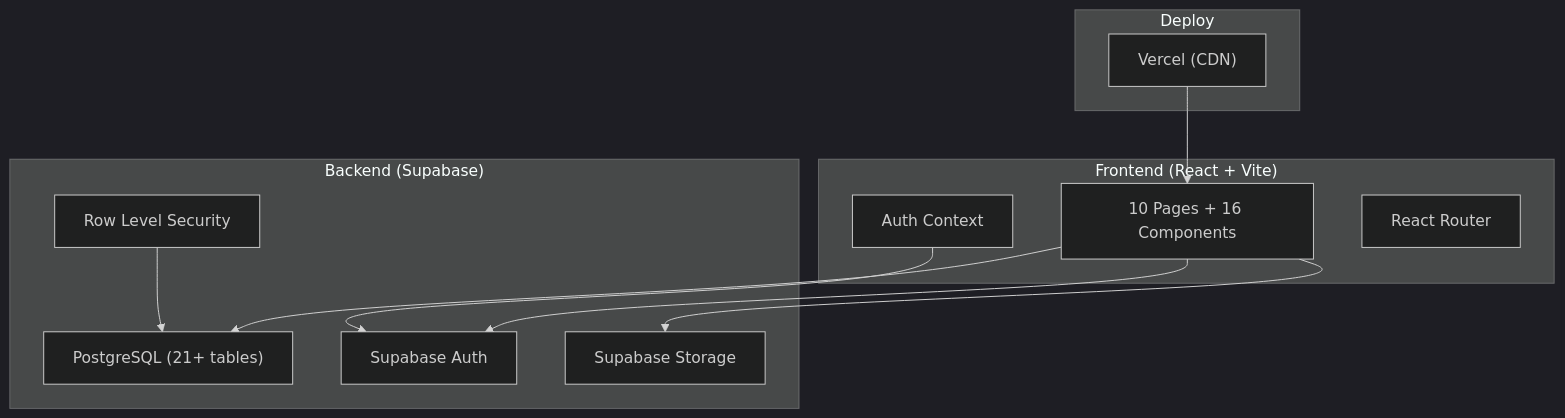
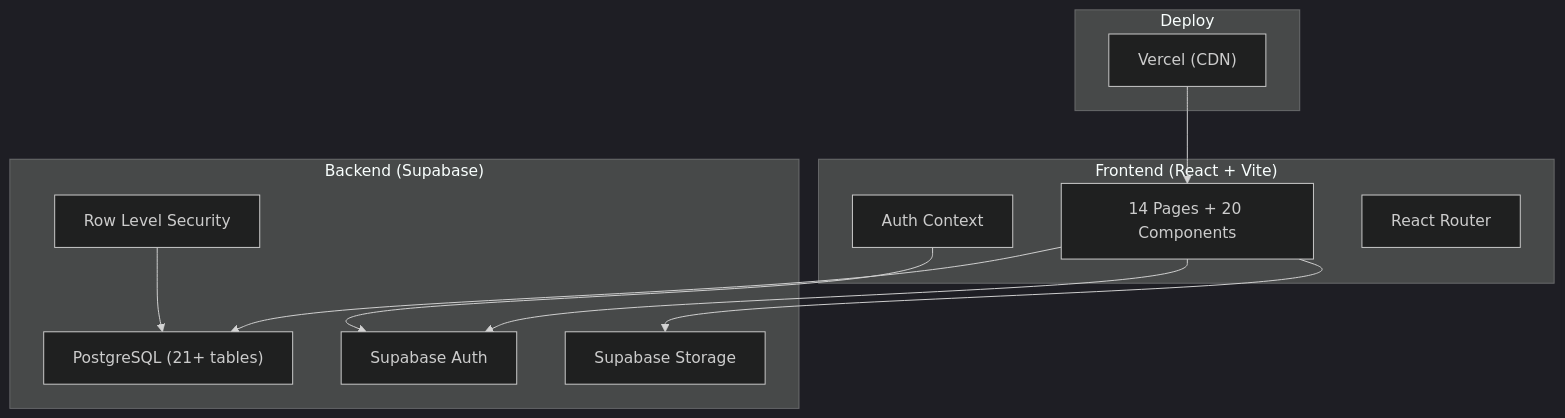
One commit to Hieu-vn/MedLogixManage changed the diagram in docs/architecture.md. Above: the diagram before and after it, drawn with Mermaid (dark theme). The commit also changed other lines of this file and 24 other files, not shown here.

````diff
--- a/docs/architecture.md
+++ b/docs/architecture.md
@@ -5,27 +5,27 @@
 ```mermaid
 flowchart TD
     subgraph "Frontend (React + Vite)"
-        UI["10 Pages + 16 Components"]
+        UI["14 Pages + 20 Components"]
         AUTH["Auth Context"]
         ROUTER["React Router"]
     end
 
     subgraph "Backend (Supabase)"
         DB["PostgreSQL (21+ tables)"]
         RLS["Row Level Security"]
         AUTHSVC["Supabase Auth"]
         STORAGE["Supabase Storage"]
     end
 
     subgraph "Deploy"
         VERCEL["Vercel (CDN)"]
     end
 
     UI --> AUTHSVC
     UI --> DB
     UI --> STORAGE
     AUTH --> AUTHSVC
     VERCEL --> UI
 
     RLS --> DB
 ```
````
